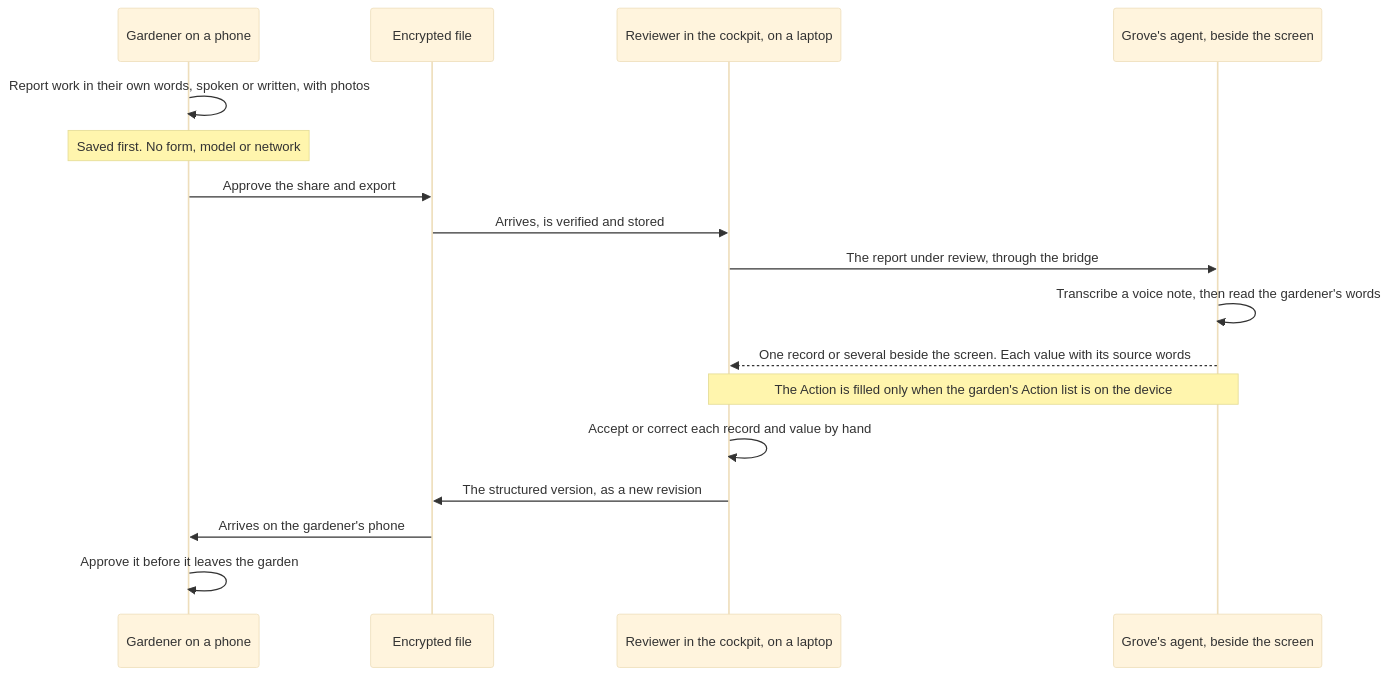
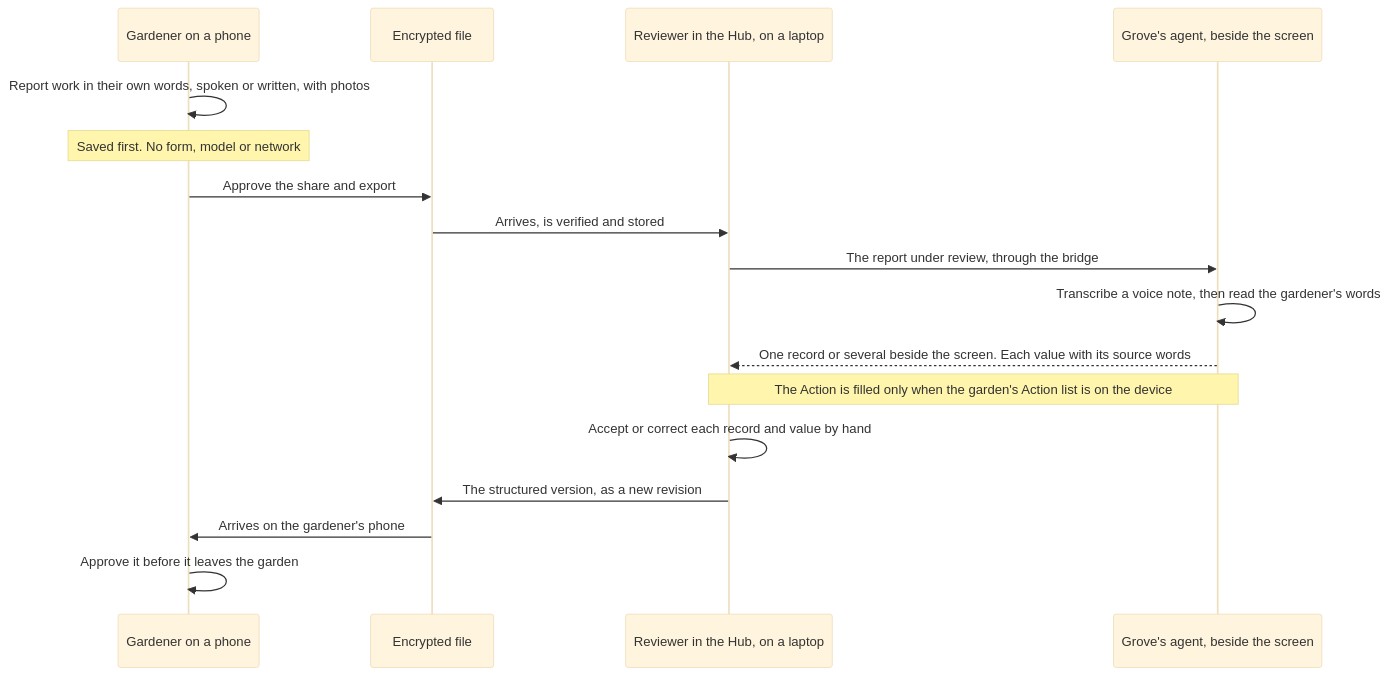
Before and after one commit to greenpill-dev-guild/green-goods: the fourth of 18 diagrams in .plans/ideas/grove/architecture-flows.md, drawn with Mermaid (base theme). The commit also changed other lines of this file and 10 other files, not shown here.

````diff
--- a/.plans/ideas/grove/architecture-flows.md
+++ b/.plans/ideas/grove/architecture-flows.md
@@ -100,19 +100,19 @@
 ```mermaid
 sequenceDiagram
   participant G as Gardener on a phone
   participant F as Encrypted file
-  participant R as Reviewer in the cockpit, on a laptop
+  participant R as Reviewer in the Hub, on a laptop
   participant A as Grove's agent, beside the screen
   G->>G: Report work in their own words, spoken or written, with photos
   Note over G: Saved first. No form, model or network
   G->>F: Approve the share and export
   F->>R: Arrives, is verified and stored
   R->>A: The report under review, through the bridge
   A->>A: Transcribe a voice note, then read the gardener's words
   A-->>R: One record or several beside the screen. Each value with its source words
   Note over A,R: The Action is filled only when the garden's Action list is on the device
   R->>R: Accept or correct each record and value by hand
   R->>F: The structured version, as a new revision
   F->>G: Arrives on the gardener's phone
   G->>G: Approve it before it leaves the garden
 ```
````
